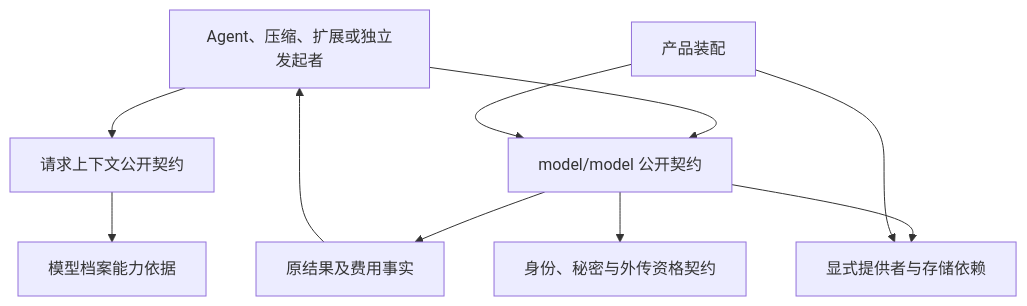
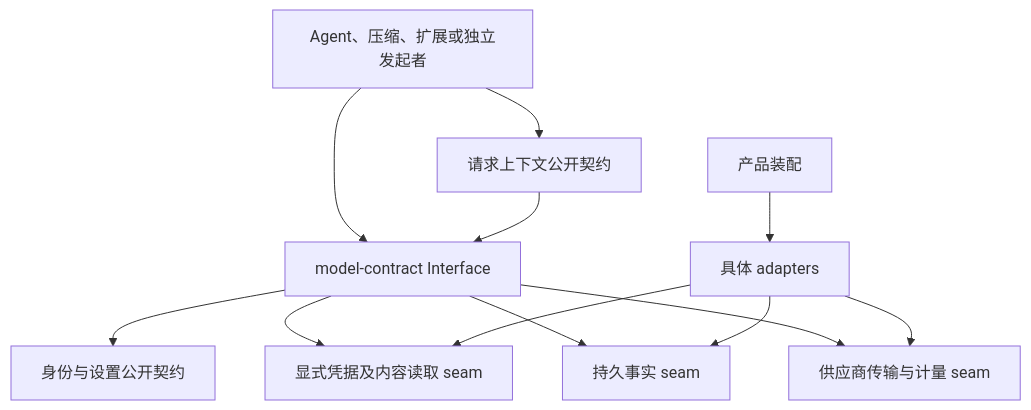
The first of 2 diagrams in packages/model/docs/architecture.md (nemori-ai/omne-harness-lite), drawn with Mermaid before and after one commit. The commit also changed other lines of this file and 164 other files, not shown here.

````diff
--- a/packages/model/docs/architecture.md
+++ b/packages/model/docs/architecture.md
@@ -7,12 +7,14 @@
 ```mermaid
 flowchart TD
   F[Agent、压缩、扩展或独立发起者] --> C[请求上下文公开契约]
-  F --> M[model/model 公开契约]
-  C --> P[模型档案能力依据]
-  M --> A[显式提供者与存储依赖]
-  M --> I[身份、秘密与外传资格契约]
-  M --> R[原结果及费用事实]
-  R --> F
-  Assembly[产品装配] --> A
-  Assembly --> M
+  F --> M[model-contract Interface]
+  C --> M
+  M --> I[身份与设置公开契约]
+  M --> V[显式凭据及内容读取 seam]
+  M --> D[持久事实 seam]
+  M --> P[供应商传输与计量 seam]
+  Assembly[产品装配] --> Adapters[具体 adapters]
+  Adapters --> D
+  Adapters --> P
+  Adapters --> V
 ```
````
